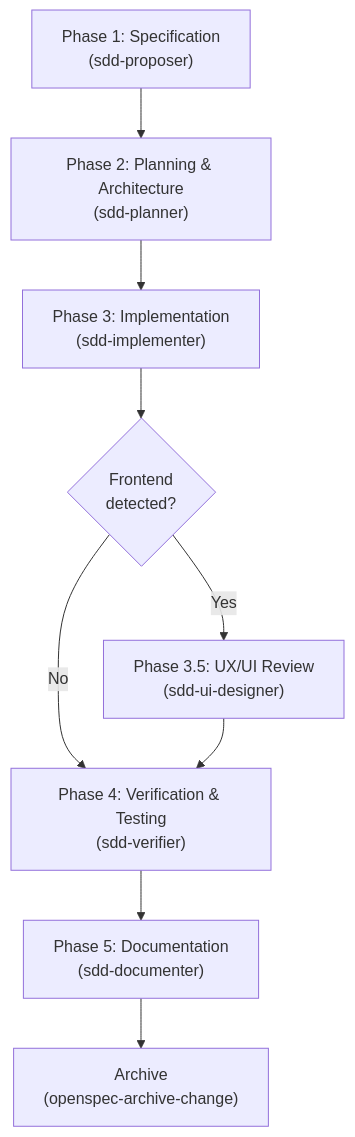
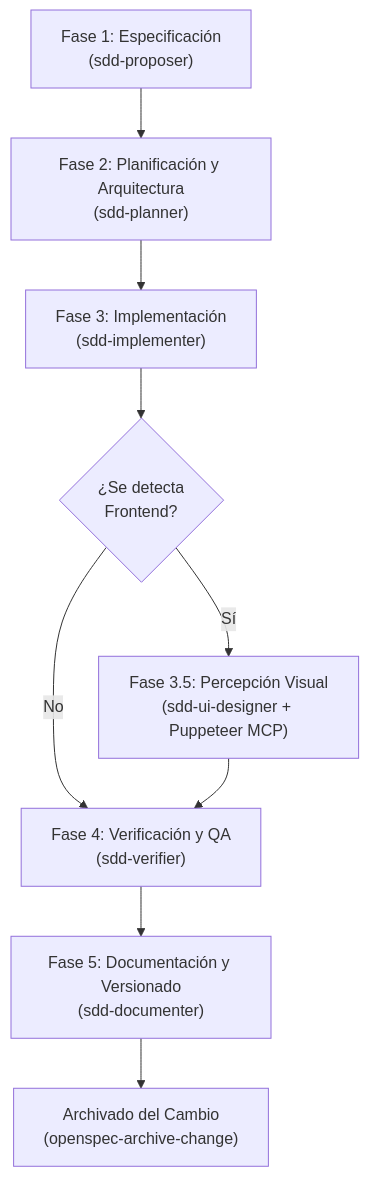
The diagram in README.md (Danielisla96/zugzbot), drawn with Mermaid before and after one commit. The commit also changed other lines of this file and 1 other file, not shown here.

Commit message:
chore: translate README to Spanish and update SDD lifecycle documentation

````diff
--- a/README.md
+++ b/README.md
@@ -12,11 +12,11 @@
 ```mermaid
 graph TD
-    A["Phase 1: Specification\n(sdd-proposer)"] --> B["Phase 2: Planning & Architecture\n(sdd-planner)"]
-    B --> C["Phase 3: Implementation\n(sdd-implementer)"]
-    C --> D{"Frontend\ndetected?"}
-    D -- Yes --> E["Phase 3.5: UX/UI Review\n(sdd-ui-designer)"]
-    D -- No --> F["Phase 4: Verification & Testing\n(sdd-verifier)"]
+    A["Fase 1: Especificación\n(sdd-proposer)"] --> B["Fase 2: Planificación y Arquitectura\n(sdd-planner)"]
+    B --> C["Fase 3: Implementación\n(sdd-implementer)"]
+    C --> D{"¿Se detecta\nFrontend?"}
+    D -- Sí --> E["Fase 3.5: Percepción Visual\n(sdd-ui-designer + Puppeteer MCP)"]
+    D -- No --> F["Fase 4: Verificación y QA\n(sdd-verifier)"]
     E --> F
-    F --> G["Phase 5: Documentation\n(sdd-documenter)"]
-    G --> H["Archive\n(openspec-archive-change)"]
+    F --> G["Fase 5: Documentación y Versionado\n(sdd-documenter)"]
+    G --> H["Archivado del Cambio\n(openspec-archive-change)"]
 ```
````
